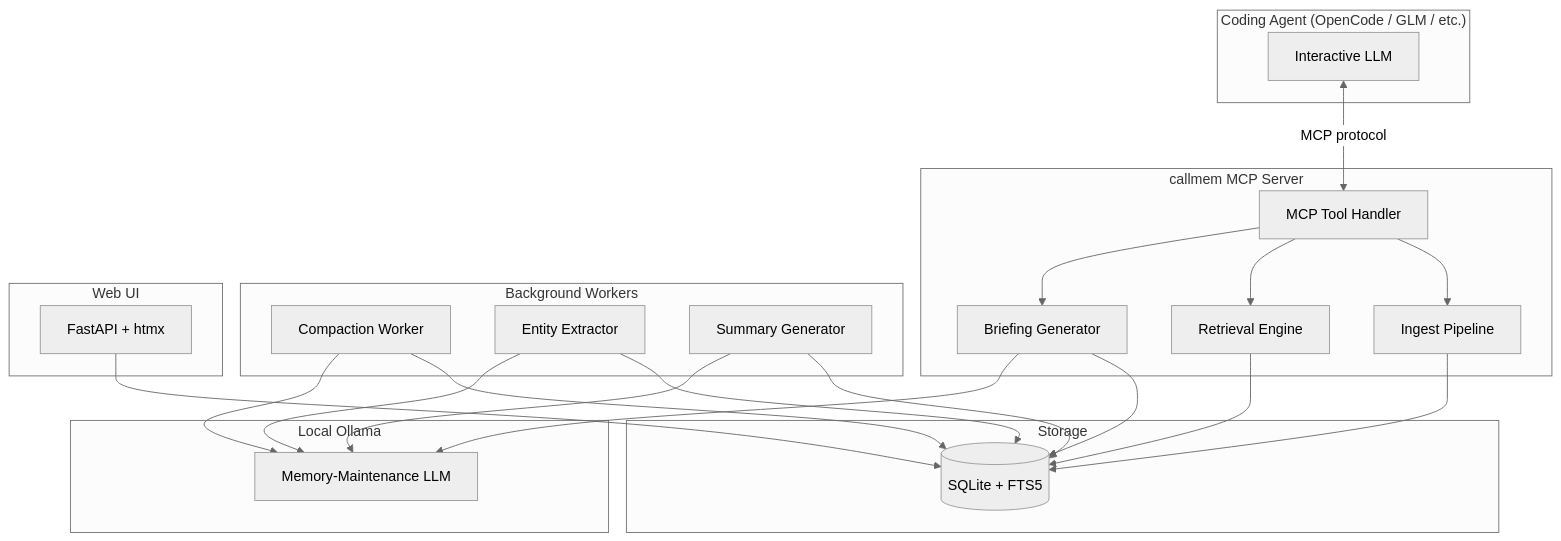
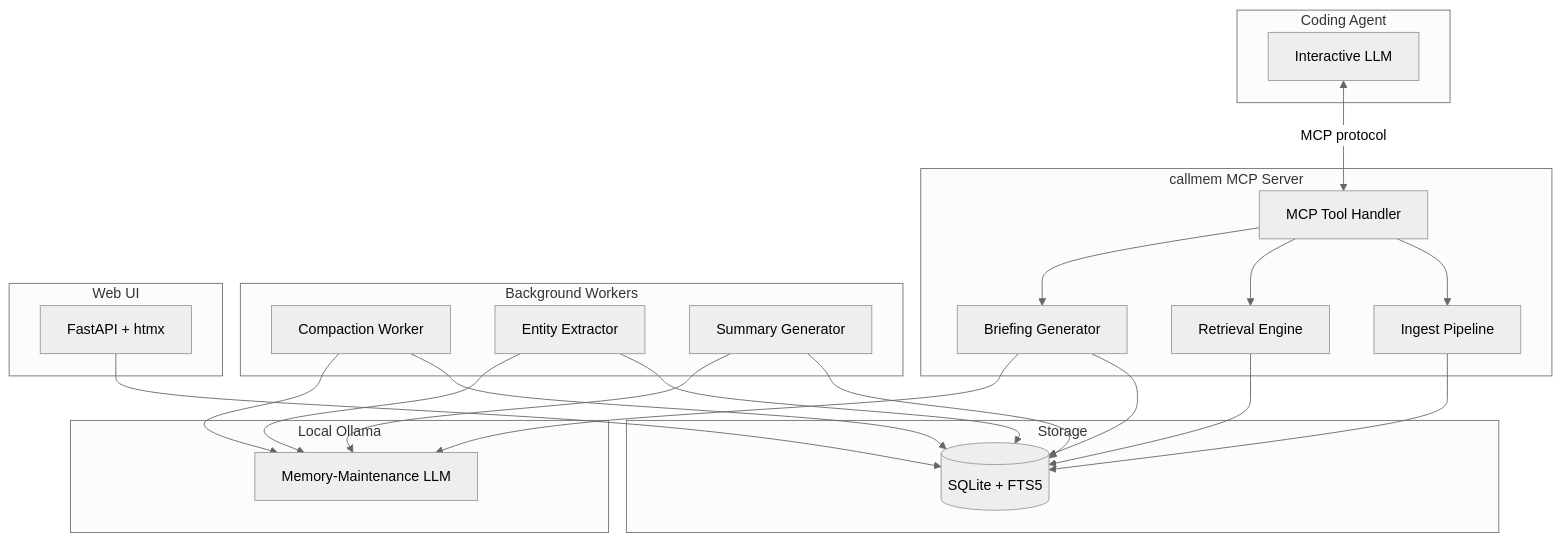
The first of 5 diagrams in docs/architecture.md (DANgerous25/callmem), drawn with Mermaid (neutral theme) before and after one commit. The commit also changed other lines of this file, not shown here.

Commit message:
chore: remove internal tool references from architecture docs

````diff
--- a/docs/architecture.md
+++ b/docs/architecture.md
@@ -7,47 +7,47 @@
 ```mermaid
 graph TB
-    subgraph "Coding Agent (OpenCode / GLM / etc.)"
+    subgraph "Coding Agent"
         A[Interactive LLM]
     end
 
     subgraph "callmem MCP Server"
         B[MCP Tool Handler]
         C[Ingest Pipeline]
         D[Retrieval Engine]
         E[Briefing Generator]
     end
 
     subgraph "Background Workers"
         F[Compaction Worker]
         G[Entity Extractor]
         H[Summary Generator]
     end
 
     subgraph "Storage"
         I[(SQLite + FTS5)]
     end
 
     subgraph "Local Ollama"
         J[Memory-Maintenance LLM]
     end
 
     subgraph "Web UI"
         K[FastAPI + htmx]
     end
 
     A <-->|MCP protocol| B
     B --> C
     B --> D
     B --> E
     C --> I
     D --> I
     E --> I
     F --> I
     G --> I
     H --> I
     F --> J
     G --> J
     H --> J
     E --> J
     K --> I
 ```
````
